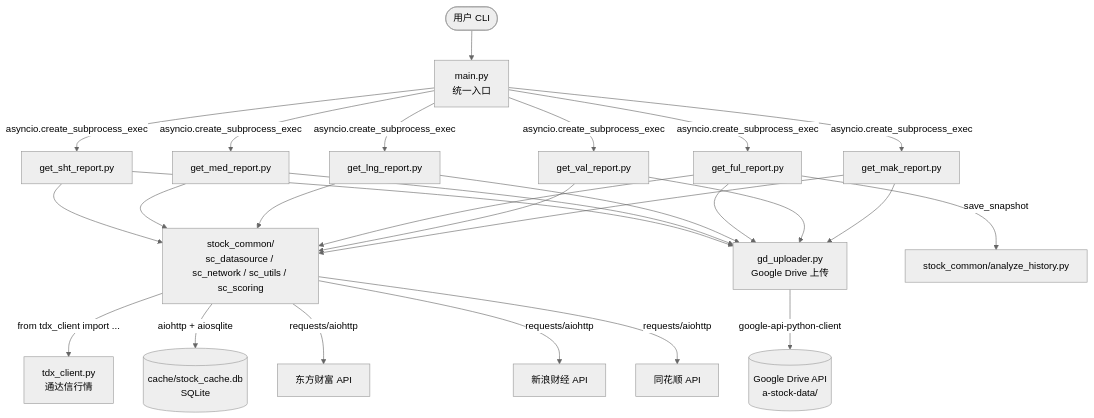
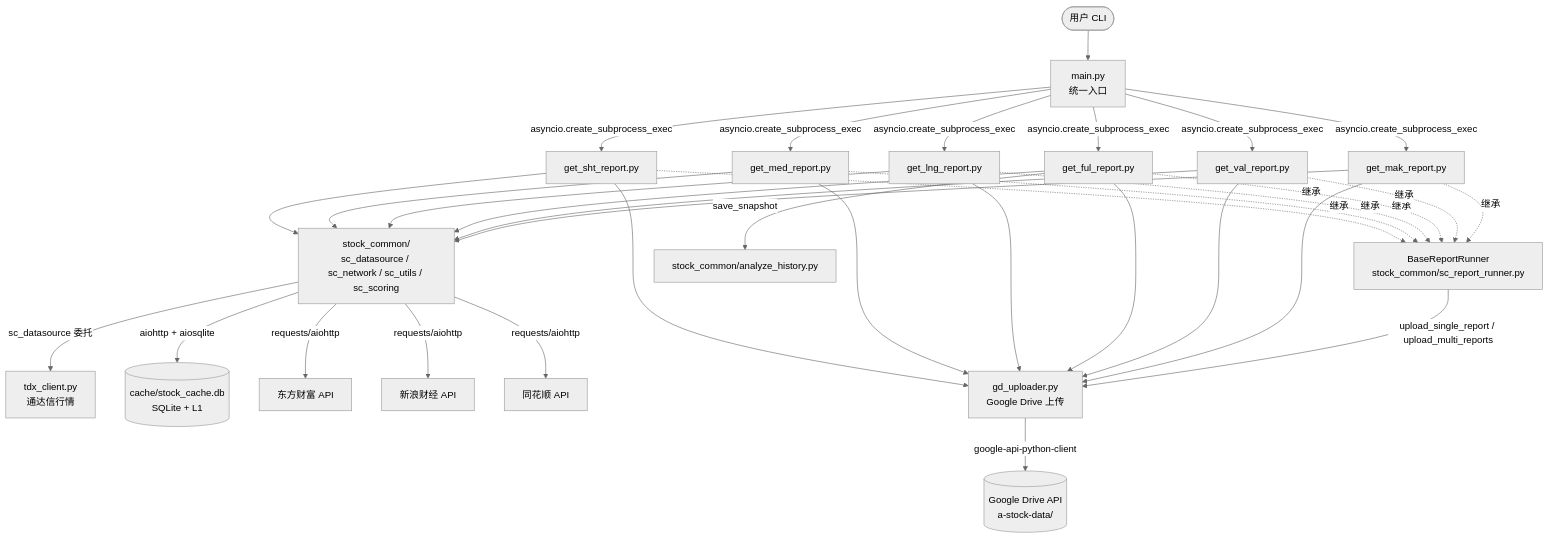
The first of 6 diagrams in docs/architecture.md (tsy1102/a-stock-data), drawn with Mermaid (neutral theme) before and after one commit. The commit also changed other lines of this file and 139 other files, not shown here.

First line of the commit message:
release: V16.1 — 报告体系重构（sht/med/lng 三视图 + ful 下线 + mak/val 引擎化 + push2 新字段接入）

````diff
--- a/docs/architecture.md
+++ b/docs/architecture.md
@@ -8,33 +10,41 @@
 ```mermaid
 graph TD
     User([用户 CLI]) --> Main[main.py<br/>统一入口]
     Main -- "asyncio.create_subprocess_exec" --> Sht[get_sht_report.py]
     Main -- "asyncio.create_subprocess_exec" --> Med[get_med_report.py]
     Main -- "asyncio.create_subprocess_exec" --> Lng[get_lng_report.py]
     Main -- "asyncio.create_subprocess_exec" --> Ful[get_ful_report.py]
     Main -- "asyncio.create_subprocess_exec" --> Val[get_val_report.py]
     Main -- "asyncio.create_subprocess_exec" --> Mak[get_mak_report.py]
 
+    Sht -. "继承" .-> Runner[BaseReportRunner<br/>stock_common/sc_report_runner.py]
+    Med -. "继承" .-> Runner
+    Lng -. "继承" .-> Runner
+    Ful -. "继承" .-> Runner
+    Val -. "继承" .-> Runner
+    Mak -. "继承" .-> Runner
+
     Sht --> SC[stock_common/<br/>sc_datasource / sc_network / sc_utils / sc_scoring]
     Med --> SC
     Lng --> SC
     Ful --> SC
     Val --> SC
     Mak --> SC
 
-    SC -- "from tdx_client import ..." --> Tdx[tdx_client.py<br/>通达信行情]
-    SC -- "aiohttp + aiosqlite" --> Cache[(cache/stock_cache.db<br/>SQLite)]
+    SC -- "sc_datasource 委托" --> Tdx[tdx_client.py<br/>通达信行情]
+    SC -- "aiohttp + aiosqlite" --> Cache[(cache/stock_cache.db<br/>SQLite + L1)]
     SC -- "requests/aiohttp" --> EastMoney[东方财富 API]
     SC -- "requests/aiohttp" --> Sina[新浪财经 API]
     SC -- "requests/aiohttp" --> Ths[同花顺 API]
 
     Sht --> GD[gd_uploader.py<br/>Google Drive 上传]
     Med --> GD
     Lng --> GD
     Ful --> GD
     Val --> GD
     Mak --> GD
+    Runner -- "upload_single_report / upload_multi_reports" --> GD
     Ful -- "save_snapshot" --> AH[stock_common/analyze_history.py]
 
     GD -- "google-api-python-client" --> Drive[(Google Drive API<br/>a-stock-data/)]
 ```
````
